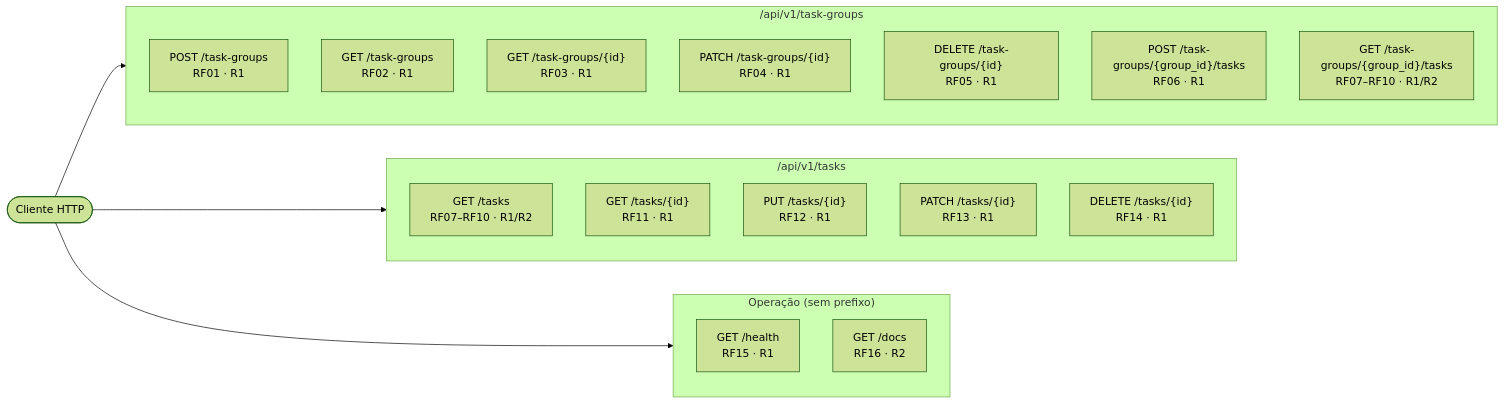
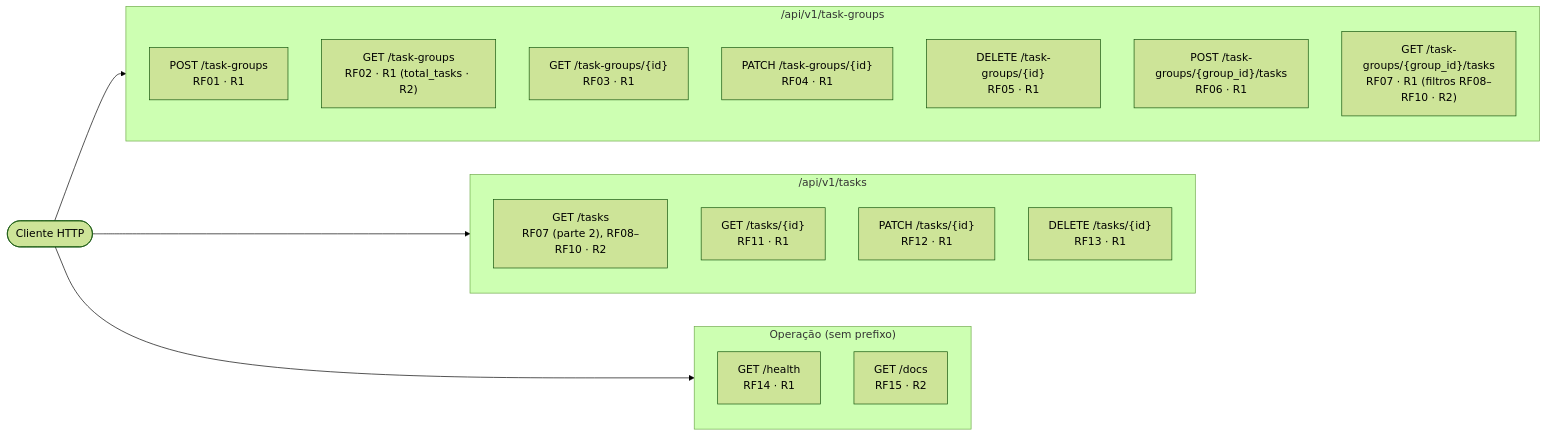
Before and after one commit to leandrobecker-home/TasksAPI: the first of 6 diagrams in docs/04-mermaid.md, drawn with Mermaid (forest theme). The commit also changed other lines of this file and 3 other files, not shown here.

````diff
--- a/docs/04-mermaid.md
+++ b/docs/04-mermaid.md
@@ -15,31 +15,30 @@
 ```mermaid
 flowchart LR
     C([Cliente HTTP])
 
     subgraph G["/api/v1/task-groups"]
         G1["POST /task-groups<br/>RF01 · R1"]
-        G2["GET /task-groups<br/>RF02 · R1"]
+        G2["GET /task-groups<br/>RF02 · R1 (total_tasks · R2)"]
         G3["GET /task-groups/{id}<br/>RF03 · R1"]
         G4["PATCH /task-groups/{id}<br/>RF04 · R1"]
         G5["DELETE /task-groups/{id}<br/>RF05 · R1"]
         GT1["POST /task-groups/{group_id}/tasks<br/>RF06 · R1"]
-        GT2["GET /task-groups/{group_id}/tasks<br/>RF07–RF10 · R1/R2"]
+        GT2["GET /task-groups/{group_id}/tasks<br/>RF07 · R1 (filtros RF08–RF10 · R2)"]
     end
 
     subgraph T["/api/v1/tasks"]
-        T1["GET /tasks<br/>RF07–RF10 · R1/R2"]
+        T1["GET /tasks<br/>RF07 (parte 2), RF08–RF10 · R2"]
         T2["GET /tasks/{id}<br/>RF11 · R1"]
-        T3["PUT /tasks/{id}<br/>RF12 · R1"]
-        T4["PATCH /tasks/{id}<br/>RF13 · R1"]
-        T5["DELETE /tasks/{id}<br/>RF14 · R1"]
+        T4["PATCH /tasks/{id}<br/>RF12 · R1"]
+        T5["DELETE /tasks/{id}<br/>RF13 · R1"]
     end
 
     subgraph O["Operação (sem prefixo)"]
-        O1["GET /health<br/>RF15 · R1"]
-        O2["GET /docs<br/>RF16 · R2"]
+        O1["GET /health<br/>RF14 · R1"]
+        O2["GET /docs<br/>RF15 · R2"]
     end
 
     C --> G
     C --> T
     C --> O
 ```
````
